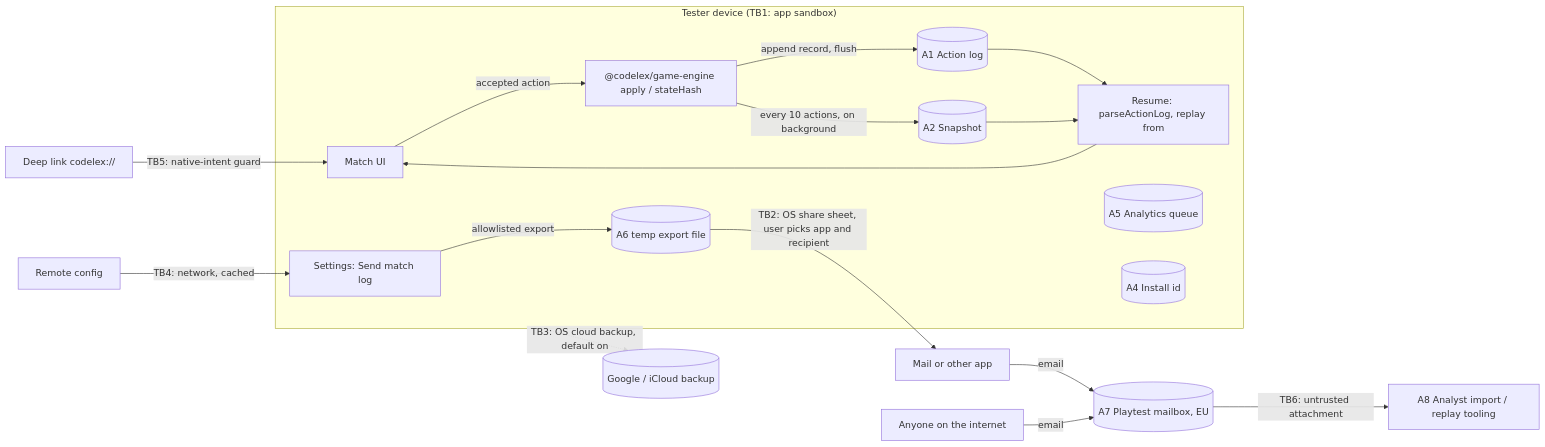
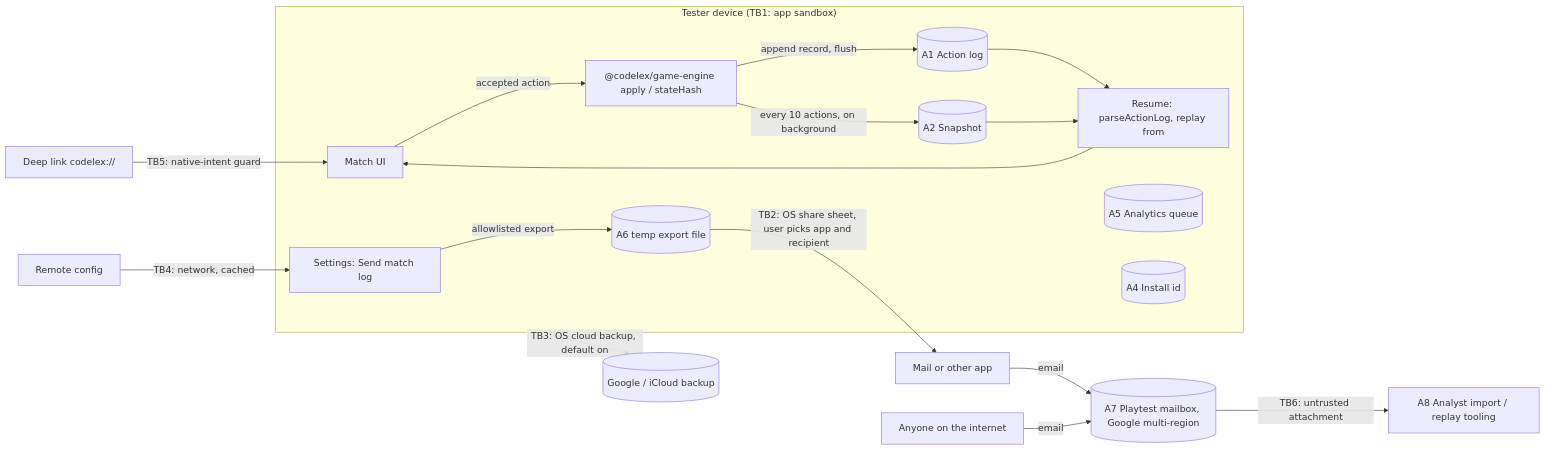
Before and after one commit to Dev0cb/codelex: the diagram in docs/security/threat-models/e-1.5-s1-persistence-match-log.md, drawn with Mermaid. The commit also changed other lines of this file and 14 other files, not shown here.

First line of the commit message:
docs: owner decisions 2026-10-16, privacy policy v1.2, playtest mailbox on export screens (#105)

````diff
--- a/docs/security/threat-models/e-1.5-s1-persistence-match-log.md
+++ b/docs/security/threat-models/e-1.5-s1-persistence-match-log.md
@@ -71,21 +71,21 @@
 ```mermaid
 flowchart LR
   subgraph Device["Tester device (TB1: app sandbox)"]
     UI[Match UI] -->|accepted action| ENG["@codelex/game-engine apply / stateHash"]
     ENG -->|append record, flush| LOG[(A1 Action log)]
     ENG -->|every 10 actions, on background| SNAP[(A2 Snapshot)]
     LOG --> RES[Resume: parseActionLog, replay from]
     SNAP --> RES
     RES --> UI
     SET[Settings: Send match log] -->|allowlisted export| TMP[(A6 temp export file)]
     Q[(A5 Analytics queue)]
     ID[(A4 Install id)]
   end
   TMP -->|TB2: OS share sheet, user picks app and recipient| SHARE[Mail or other app]
   Device -.->|TB3: OS cloud backup, default on| BK[(Google / iCloud backup)]
   RC[Remote config] -->|TB4: network, cached| SET
   DL[Deep link codelex://] -->|TB5: native-intent guard| UI
-  SHARE -->|email| MB[(A7 Playtest mailbox, EU)]
+  SHARE -->|email| MB[(A7 Playtest mailbox, Google multi-region)]
   ANY[Anyone on the internet] -->|email| MB
   MB -->|TB6: untrusted attachment| TOOL[A8 Analyst import / replay tooling]
 ```
````
